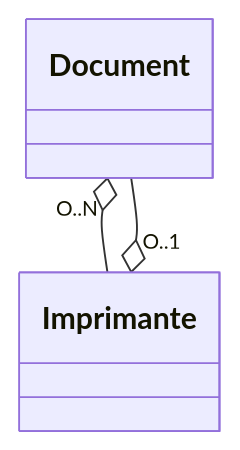
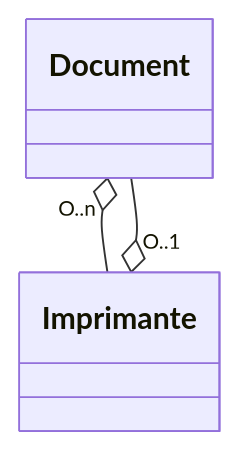
One commit to ROUBAUD-Axel-2225073b/TD3uml changed the fourth of 4 diagrams in README.md. Above: the diagram before and after it, drawn with Mermaid.

````diff
--- a/README.md
+++ b/README.md
@@ -38,7 +38,8 @@
 ```mermaid
 classDiagram
   class Document
   class Imprimante
-  Document "O..N" o-- Imprimante
+
+  Document "O..n" o-- Imprimante
  Imprimante "O..1" o-- Document
 ```
````
